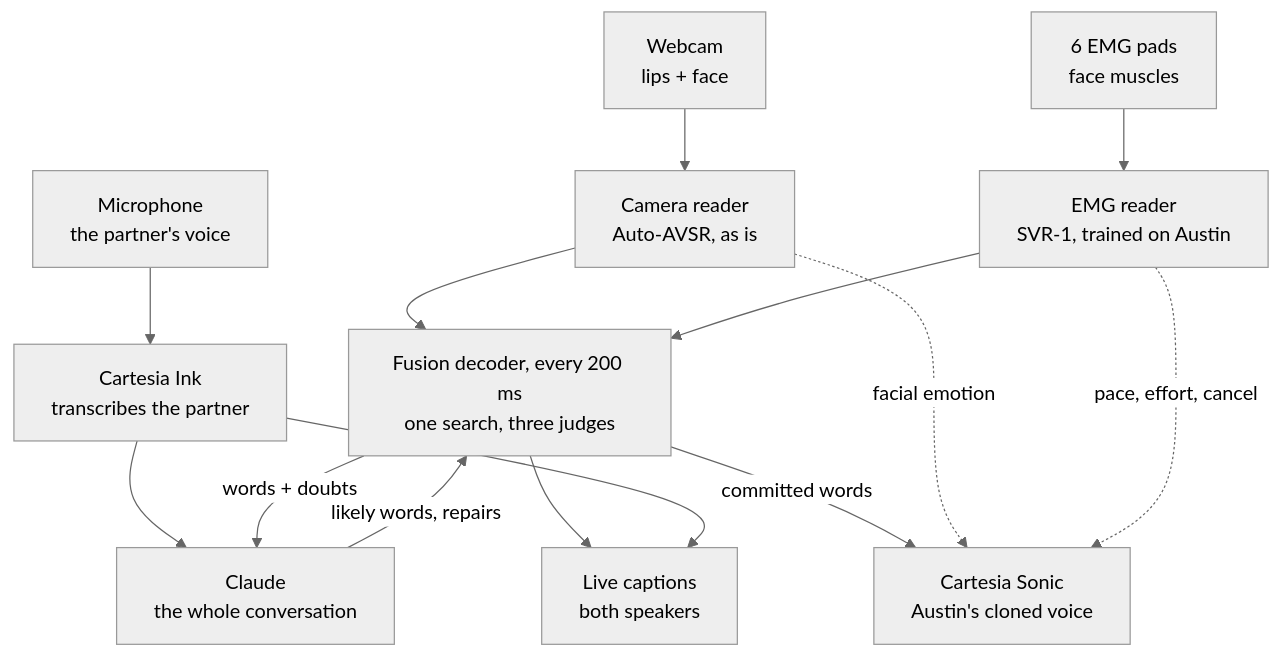
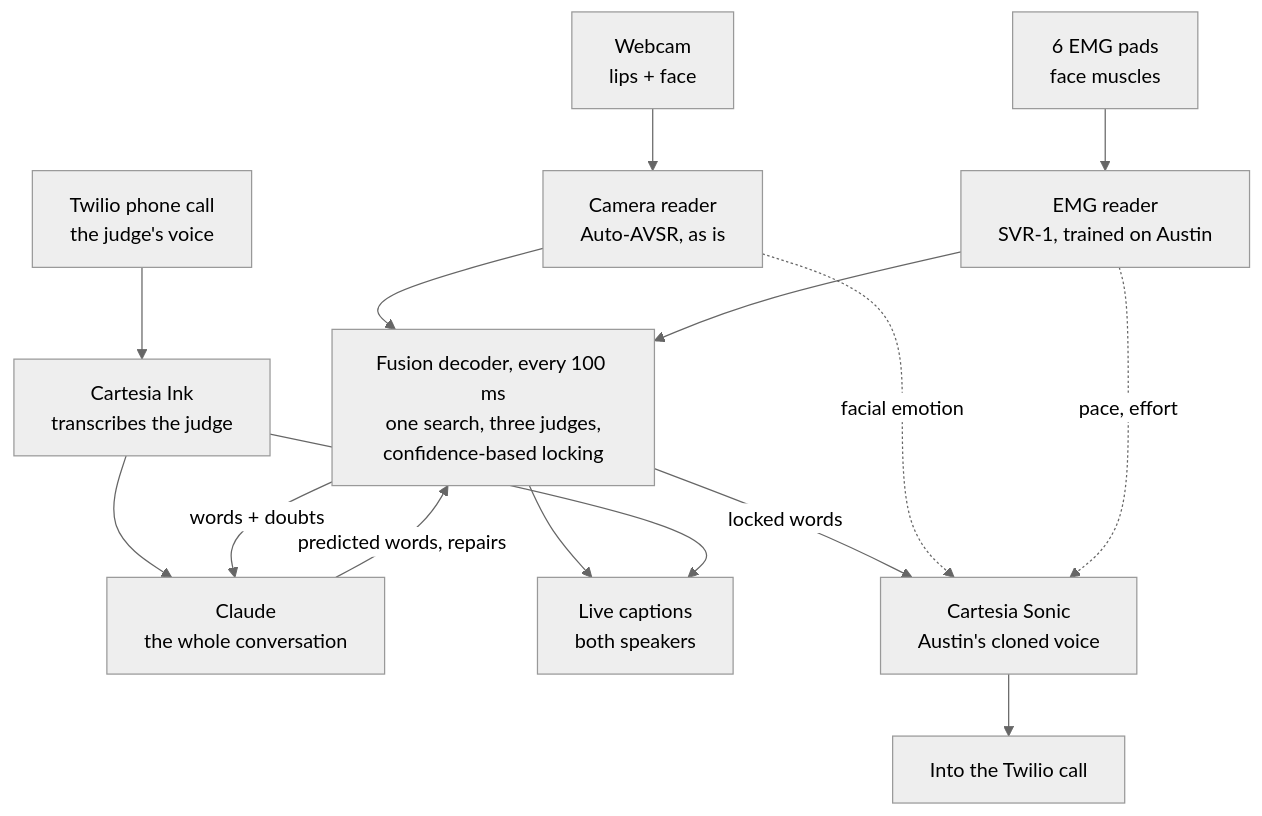
One commit to thaimtl/Reclaim changed the first of 3 diagrams in docs/ARCHITECTURE.md. Above: the diagram before and after it, drawn with Mermaid (neutral theme). The commit also changed other lines of this file and 17 other files, not shown here.

````diff
--- a/docs/ARCHITECTURE.md
+++ b/docs/ARCHITECTURE.md
@@ -7,16 +7,17 @@
 ```mermaid
 flowchart TD
     cam["Webcam<br/>lips + face"] --> avsr["Camera reader<br/>Auto-AVSR, as is"]
     emg["6 EMG pads<br/>face muscles"] --> svr["EMG reader<br/>SVR-1, trained on Austin"]
-    mic["Microphone<br/>the partner's voice"] --> ink["Cartesia Ink<br/>transcribes the partner"]
-    avsr --> dec["Fusion decoder, every 200 ms<br/>one search, three judges"]
+    call["Twilio phone call<br/>the judge's voice"] --> ink["Cartesia Ink<br/>transcribes the judge"]
+    avsr --> dec["Fusion decoder, every 100 ms<br/>one search, three judges,<br/>confidence-based locking"]
     svr --> dec
     ink --> claude["Claude<br/>the whole conversation"]
-    claude -- "likely words, repairs" --> dec
+    claude -- "predicted words, repairs" --> dec
     dec -- "words + doubts" --> claude
     dec --> cap["Live captions<br/>both speakers"]
     ink --> cap
-    dec -- "committed words" --> voice["Cartesia Sonic<br/>Austin's cloned voice"]
+    dec -- "locked words" --> voice["Cartesia Sonic<br/>Austin's cloned voice"]
+    voice --> out["Into the Twilio call"]
     avsr -. "facial emotion" .-> voice
-    svr -. "pace, effort, cancel" .-> voice
+    svr -. "pace, effort" .-> voice
 ```
````
